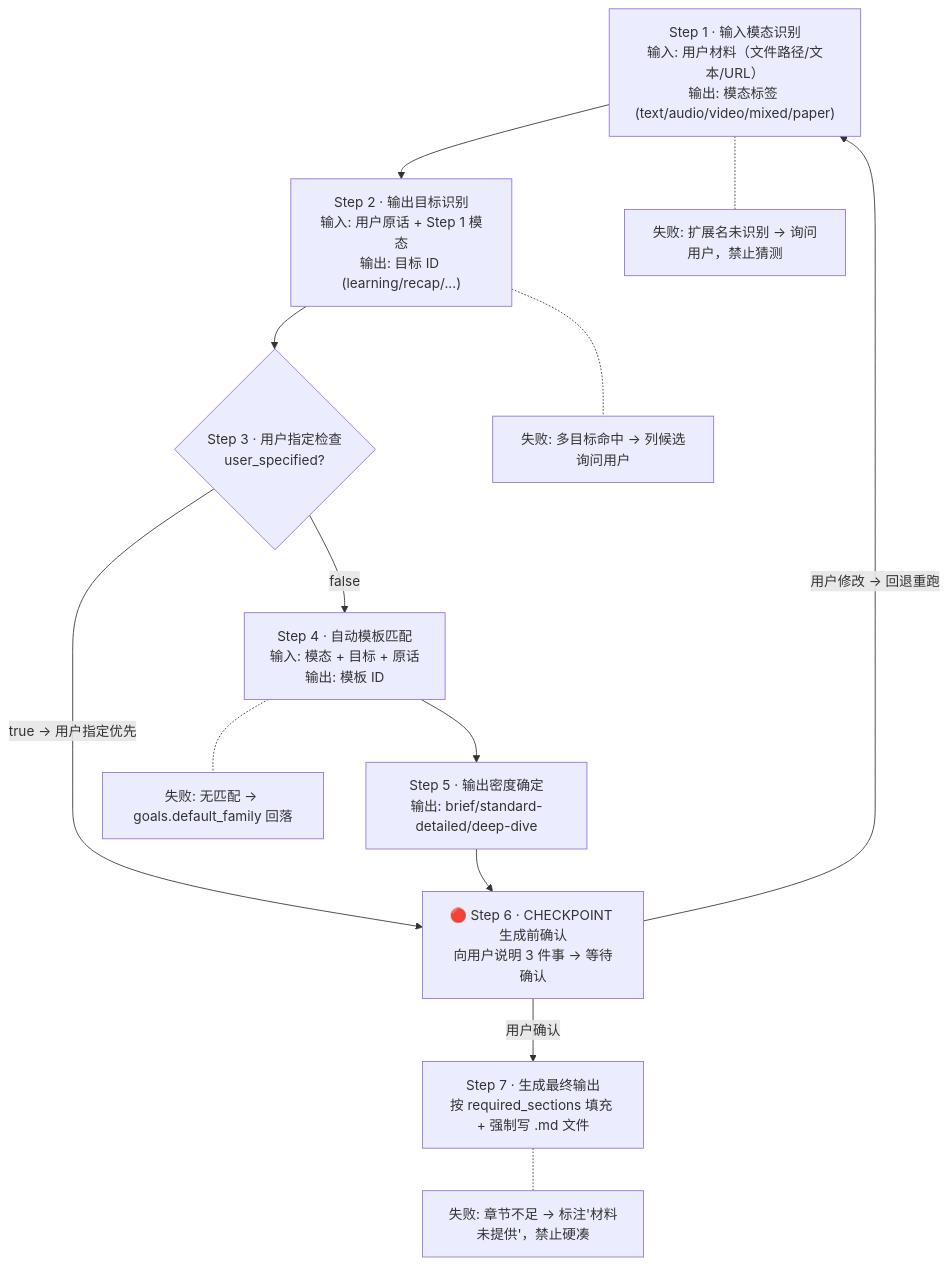
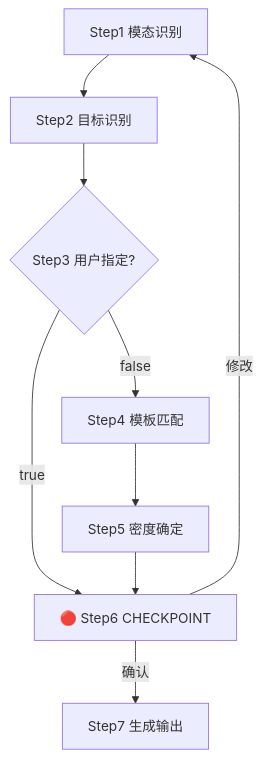
The diagram in SKILL.md (Kirky-X/cangjie), drawn with Mermaid before and after one commit. The commit also changed other lines of this file and 52 other files, not shown here.

````diff
--- a/SKILL.md
+++ b/SKILL.md
@@ -68,24 +64,11 @@
 ```mermaid
 flowchart TD
-    S1["Step 1 · 输入模态识别<br/>输入: 用户材料（文件路径/文本/URL）<br/>输出: 模态标签 (text/audio/video/mixed/paper)"]
-    S2["Step 2 · 输出目标识别<br/>输入: 用户原话 + Step 1 模态<br/>输出: 目标 ID (learning/recap/...)"]
-    S3{"Step 3 · 用户指定检查<br/>user_specified?"}
-    S4["Step 4 · 自动模板匹配<br/>输入: 模态 + 目标 + 原话<br/>输出: 模板 ID"]
-    S5["Step 5 · 输出密度确定<br/>输出: brief/standard-detailed/deep-dive"]
-    S6["🔴 Step 6 · CHECKPOINT 生成前确认<br/>向用户说明 3 件事 → 等待确认"]
-    S7["Step 7 · 生成最终输出<br/>按 required_sections 填充 + 强制写 .md 文件"]
-
-    S1 --> S2
-    S2 --> S3
-    S3 -- "true → 用户指定优先" --> S6
-    S3 -- "false" --> S4
-    S4 --> S5
+    S1["Step1 模态识别"] --> S2["Step2 目标识别"]
+    S2 --> S3{"Step3 用户指定?"}
+    S3 -- true --> S6["🔴 Step6 CHECKPOINT"]
+    S3 -- false --> S4["Step4 模板匹配"]
+    S4 --> S5["Step5 密度确定"]
     S5 --> S6
-    S6 -- "用户确认" --> S7
-    S6 -- "用户修改 → 回退重跑" --> S1
-
-    S1 -.- F1["失败: 扩展名未识别 → 询问用户，禁止猜测"]
-    S2 -.- F2["失败: 多目标命中 → 列候选询问用户"]
-    S4 -.- F4["失败: 无匹配 → goals.default_family 回落"]
-    S7 -.- F7["失败: 章节不足 → 标注'材料未提供'，禁止硬凑"]
+    S6 -- 确认 --> S7["Step7 生成输出"]
+    S6 -- 修改 --> S1
 ```
````
